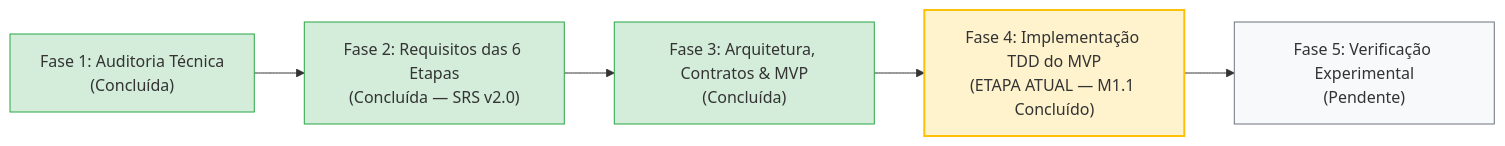
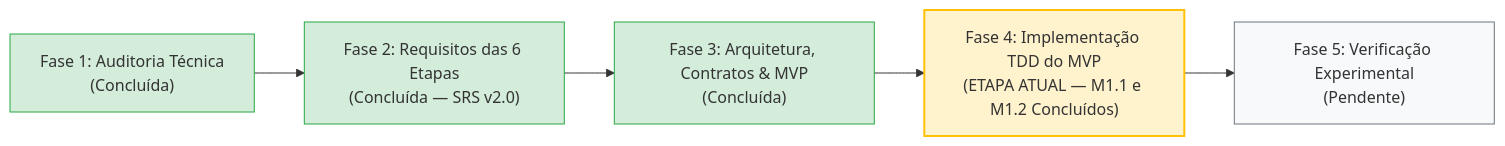
Before and after one commit to aleerangel/experimental-ml-framework: the diagram in engenharia_software/ETAPA_ATUAL_ENGENHARIA.md, drawn with Mermaid. The commit also changed other lines of this file and 4 other files, not shown here.

````diff
--- a/engenharia_software/ETAPA_ATUAL_ENGENHARIA.md
+++ b/engenharia_software/ETAPA_ATUAL_ENGENHARIA.md
@@ -16,13 +16,13 @@
 ```mermaid
 flowchart LR
     Fase1["Fase 1: Auditoria Técnica<br/>(Concluída)"] --> Fase2["Fase 2: Requisitos das 6 Etapas<br/>(Concluída — SRS v2.0)"]
     Fase2 --> Fase3["Fase 3: Arquitetura, Contratos & MVP<br/>(Concluída)"]
-    Fase3 --> Fase4["Fase 4: Implementação TDD do MVP<br/>(ETAPA ATUAL — M1.1 Concluído)"]
+    Fase3 --> Fase4["Fase 4: Implementação TDD do MVP<br/>(ETAPA ATUAL — M1.1 e M1.2 Concluídos)"]
     Fase4 --> Fase5["Fase 5: Verificação Experimental<br/>(Pendente)"]
     
     style Fase1 fill:#d4edda,stroke:#28a745
     style Fase2 fill:#d4edda,stroke:#28a745
     style Fase3 fill:#d4edda,stroke:#28a745
     style Fase4 fill:#fff3cd,stroke:#ffc107,stroke-width:2px
     style Fase5 fill:#f8f9fa,stroke:#6c757d
 ```
````
